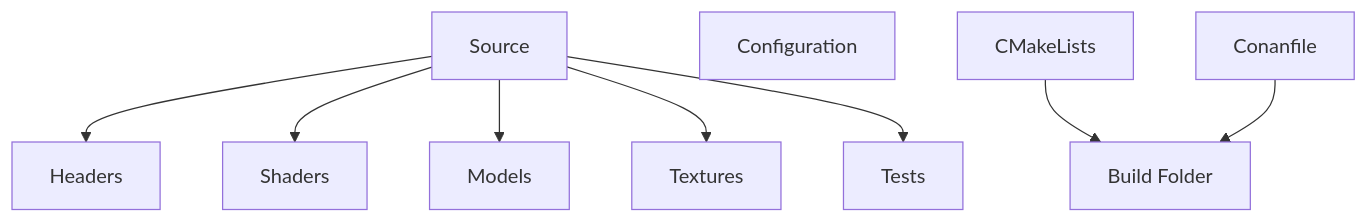
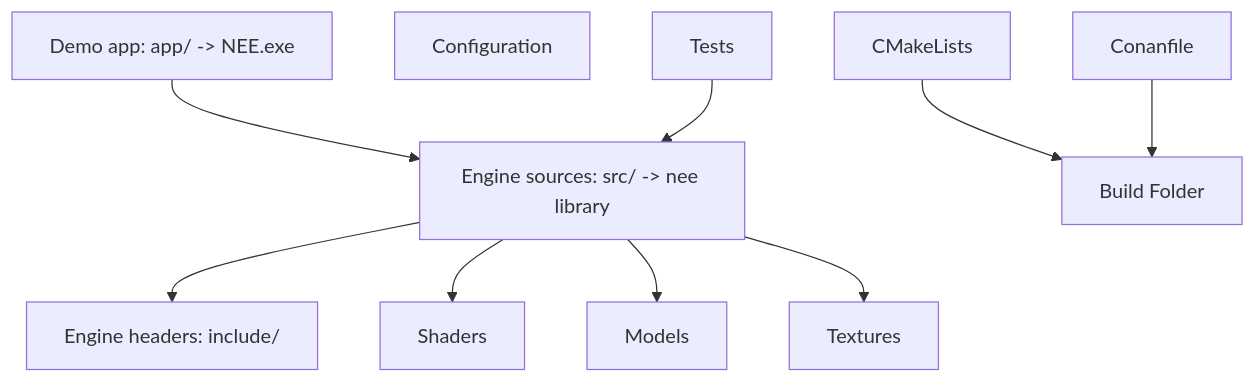
Before and after one commit to Lemiort/NEE: the diagram in AGENTS.md, drawn with Mermaid. The commit also changed 5 other files, not shown here.

First line of the commit message:
Build the engine as a static library

````diff
--- a/AGENTS.md
+++ b/AGENTS.md
@@ -59,21 +59,23 @@
 ```mermaid
 graph TD
-	src[Source]
-	inc[Headers]
+	app[Demo app: app/ -> NEE.exe]
+	src[Engine sources: src/ -> nee library]
+	inc[Engine headers: include/]
 	cfg[Configuration]
 	conan[Conanfile]
 	cmake[CMakeLists]
 	build[Build Folder]
 	test[Tests]
 	shaders[Shaders]
 	models[Models]
 	textures[Textures]
 
+	app --> src
+	test --> src
 	src --> inc
 	src --> shaders
 	src --> models
 	src --> textures
-	src --> test
 	cmake --> build
 	conan --> build
 ```
````
